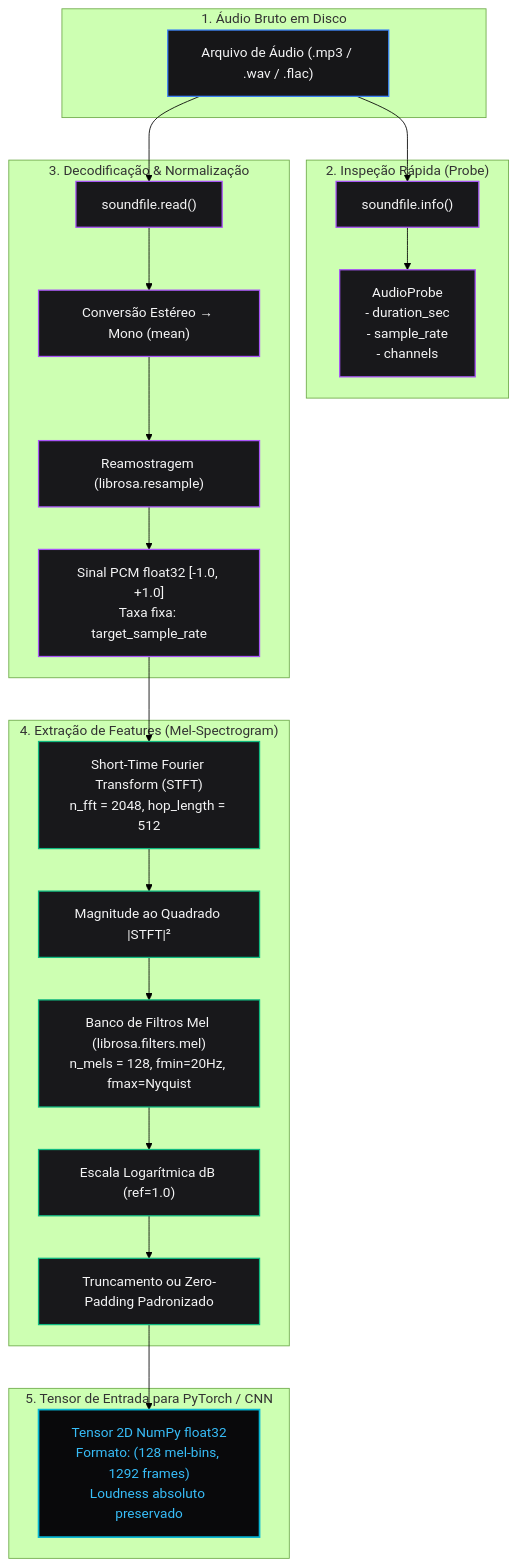
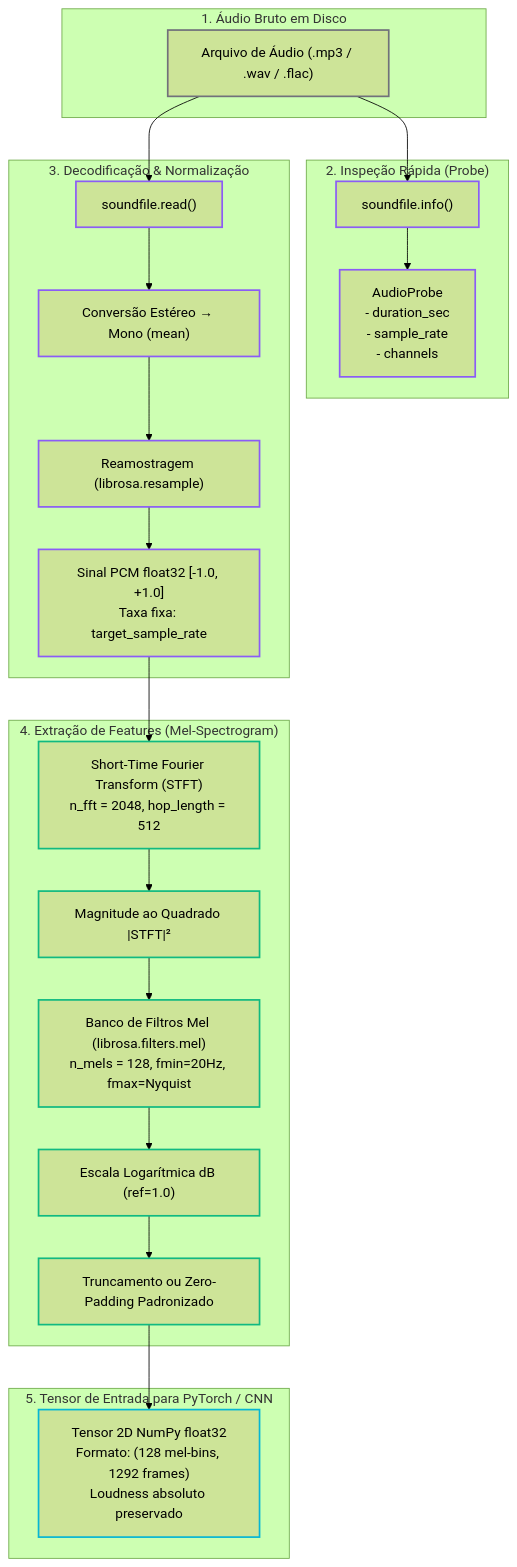
One commit to Oseiasdfarias/youfy changed the diagram in docs/pacotes/audio.md. Above: the diagram before and after it, drawn with Mermaid (forest theme). The commit also changed 7 other files, not shown here.

Commit message:
style(docs): compatibilidade completa dos diagramas mermaid com tema claro e escuro

````diff
--- a/docs/pacotes/audio.md
+++ b/docs/pacotes/audio.md
@@ -52,43 +52,43 @@
 ```mermaid
 flowchart TD
     subgraph RawAudio["1. Áudio Bruto em Disco"]
         File["Arquivo de Áudio (.mp3 / .wav / .flac)"]
     end
 
     subgraph Inspecao["2. Inspeção Rápida (Probe)"]
         Probe["soundfile.info()"]
         Meta["AudioProbe<br/>- duration_sec<br/>- sample_rate<br/>- channels"]
     end
 
     subgraph Decodificacao["3. Decodificação & Normalização"]
         Decode["soundfile.read()"]
         Mono["Conversão Estéreo → Mono (mean)"]
         Resample["Reamostragem (librosa.resample)"]
         Signal["Sinal PCM float32 [-1.0, +1.0]<br/>Taxa fixa: target_sample_rate"]
     end
 
     subgraph DSP["4. Extração de Features (Mel-Spectrogram)"]
         STFT["Short-Time Fourier Transform (STFT)<br/>n_fft = 2048, hop_length = 512"]
         Power["Magnitude ao Quadrado |STFT|²"]
         MelFilter["Banco de Filtros Mel (librosa.filters.mel)<br/>n_mels = 128, fmin=20Hz, fmax=Nyquist"]
         LogPower["Escala Logarítmica dB (ref=1.0)"]
         CropPad["Truncamento ou Zero-Padding Padronizado"]
     end
 
     subgraph Output["5. Tensor de Entrada para PyTorch / CNN"]
         Tensor["Tensor 2D NumPy float32<br/>Formato: (128 mel-bins, 1292 frames)<br/>Loudness absoluto preservado"]
     end
 
     File --> Probe --> Meta
     File --> Decode --> Mono --> Resample --> Signal
     Signal --> STFT --> Power --> MelFilter --> LogPower --> CropPad --> Tensor
 
-    classDef raw fill:#161618,stroke:#3b82f6,stroke-width:1.5px,color:#f4f4f5;
-    classDef proc fill:#18181b,stroke:#a855f7,stroke-width:1.5px,color:#f4f4f5;
-    classDef dsp fill:#18181b,stroke:#10b981,stroke-width:1.5px,color:#f4f4f5;
-    classDef out fill:#09090b,stroke:#06b6d4,stroke-width:2px,color:#38bdf8;
+    classDef raw stroke:#71717a,stroke-width:2px;
+    classDef proc stroke:#8b5cf6,stroke-width:2px;
+    classDef dsp stroke:#10b981,stroke-width:2px;
+    classDef out stroke:#06b6d4,stroke-width:2px;
     class File raw;
     class Probe,Meta,Decode,Mono,Resample,Signal proc;
     class STFT,Power,MelFilter,LogPower,CropPad dsp;
     class Tensor out;
 ```
````
